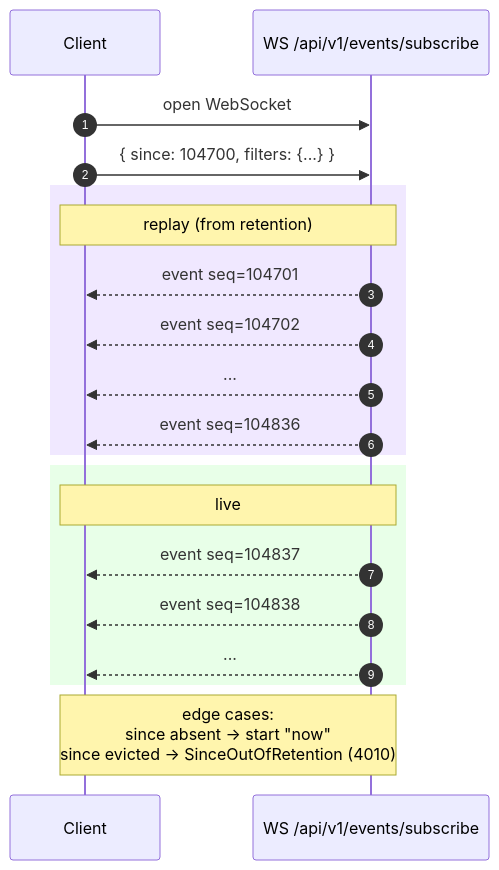
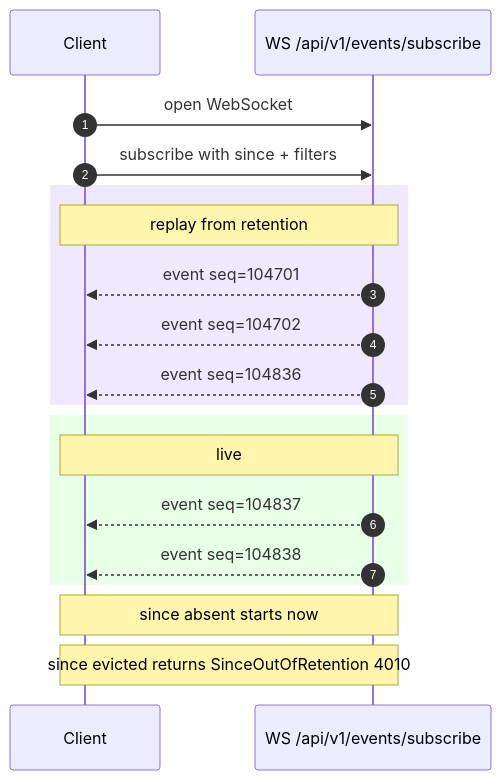
The diagram in docs/design/diagrams/SRD-0108/subscribe-replay.mmd (nosqlbench/hyperplane-rs), drawn with Mermaid before and after one commit. The commit also changed 36 other files, not shown here.

Commit message:
diagram fixes

```diff
--- a/docs/design/diagrams/SRD-0108/subscribe-replay.mmd
+++ b/docs/design/diagrams/SRD-0108/subscribe-replay.mmd
@@ -1,26 +1,25 @@
 %% Copyright (c) Jonathan Shook
 %% SPDX-License-Identifier: Apache-2.0
 sequenceDiagram
     autonumber
     participant Client
     participant WS as WS /api/v1/events/subscribe
 
     Client->>WS: open WebSocket
-    Client->>WS: { since: 104700, filters: {...} }
+    Client->>WS: subscribe with since + filters
 
     rect rgb(240, 232, 255)
-        Note over Client,WS: replay (from retention)
+        Note over Client,WS: replay from retention
         WS-->>Client: event seq=104701
         WS-->>Client: event seq=104702
-        WS-->>Client: ...
         WS-->>Client: event seq=104836
     end
 
     rect rgb(232, 255, 232)
         Note over Client,WS: live
         WS-->>Client: event seq=104837
         WS-->>Client: event seq=104838
-        WS-->>Client: ...
     end
 
-    Note over Client,WS: edge cases:<br/>since absent → start "now"<br/>since evicted → SinceOutOfRetention (4010)
+    Note over Client,WS: since absent starts now
+    Note over Client,WS: since evicted returns SinceOutOfRetention 4010
```
